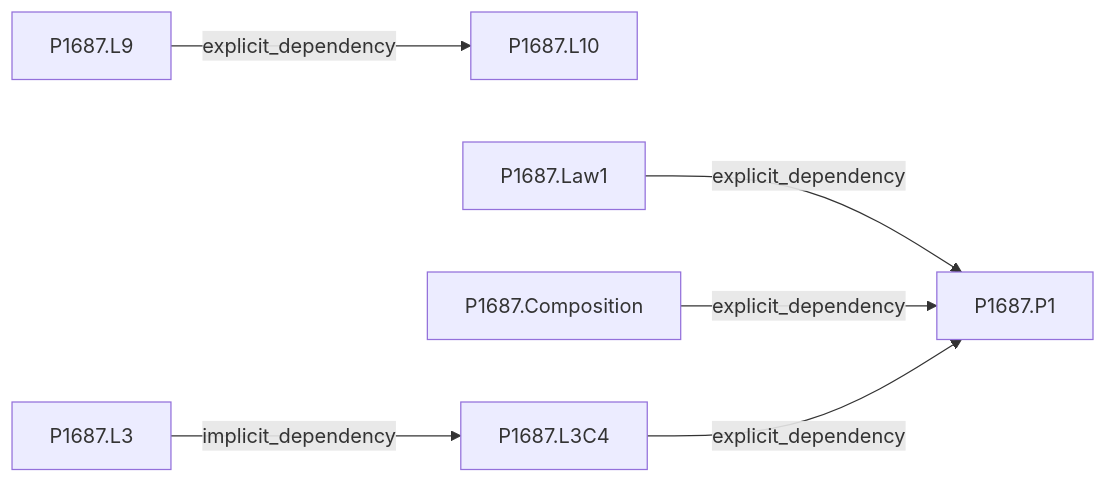
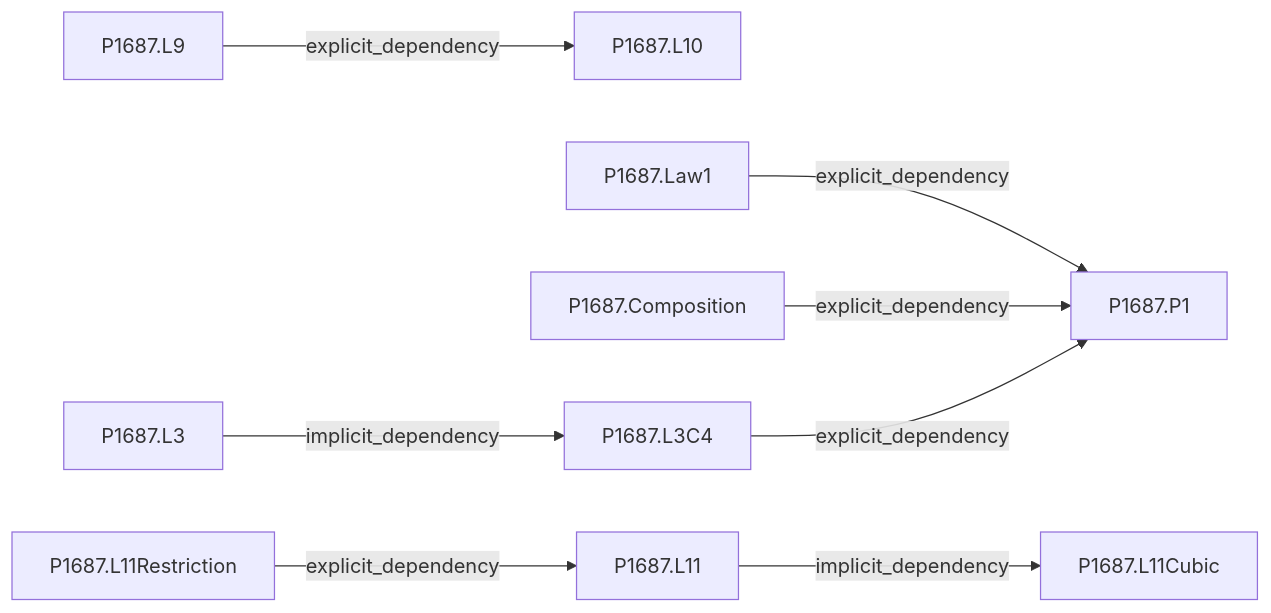
One commit to arivero/newtonlean changed the first of 6 diagrams in research/graphs.md. Above: the diagram before and after it, drawn with Mermaid. The commit also changed other lines of this file and 10 other files, not shown here.

````diff
--- a/research/graphs.md
+++ b/research/graphs.md
@@ -7,15 +7,20 @@
 ```mermaid
 flowchart LR
   n3["P1687.L9"]
   n4["P1687.L10"]
   n10["P1687.P1"]
   n11["P1687.L3"]
   n12["P1687.L3C4"]
   n13["P1687.Law1"]
   n14["P1687.Composition"]
+  n22["P1687.L11"]
+  n23["P1687.L11Cubic"]
+  n24["P1687.L11Restriction"]
   n3 -->|explicit_dependency| n4
   n13 -->|explicit_dependency| n10
   n14 -->|explicit_dependency| n10
   n12 -->|explicit_dependency| n10
   n11 -->|implicit_dependency| n12
+  n22 -->|implicit_dependency| n23
+  n24 -->|explicit_dependency| n22
 ```
````
